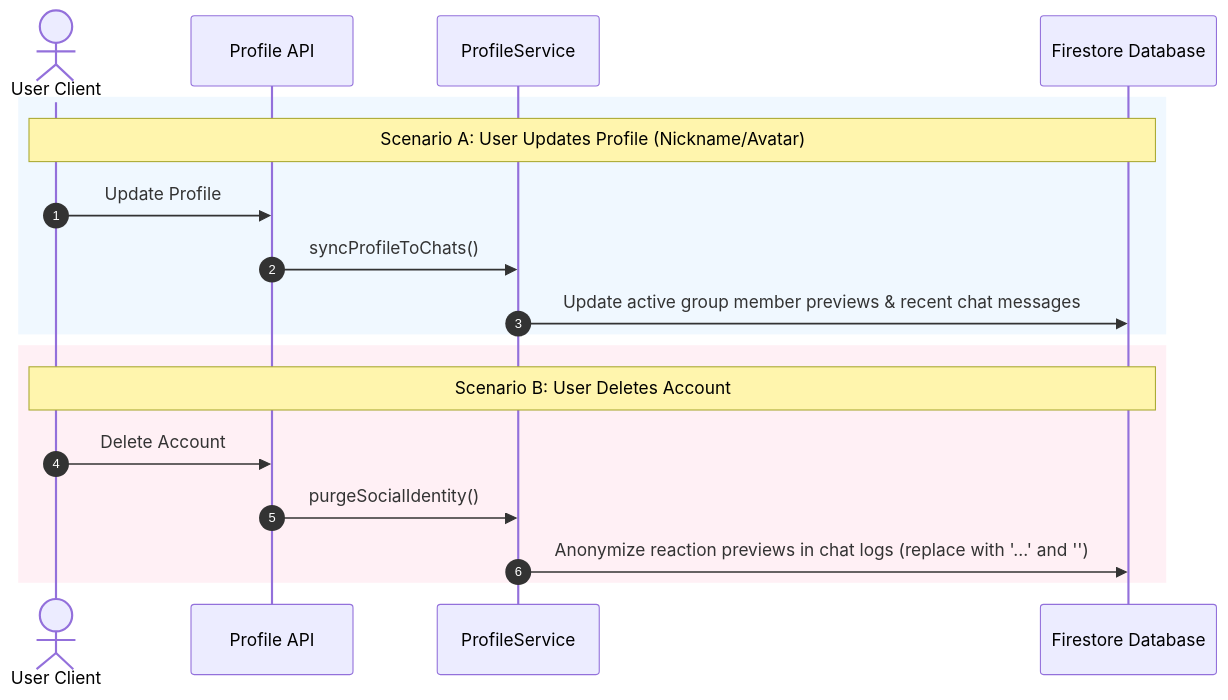
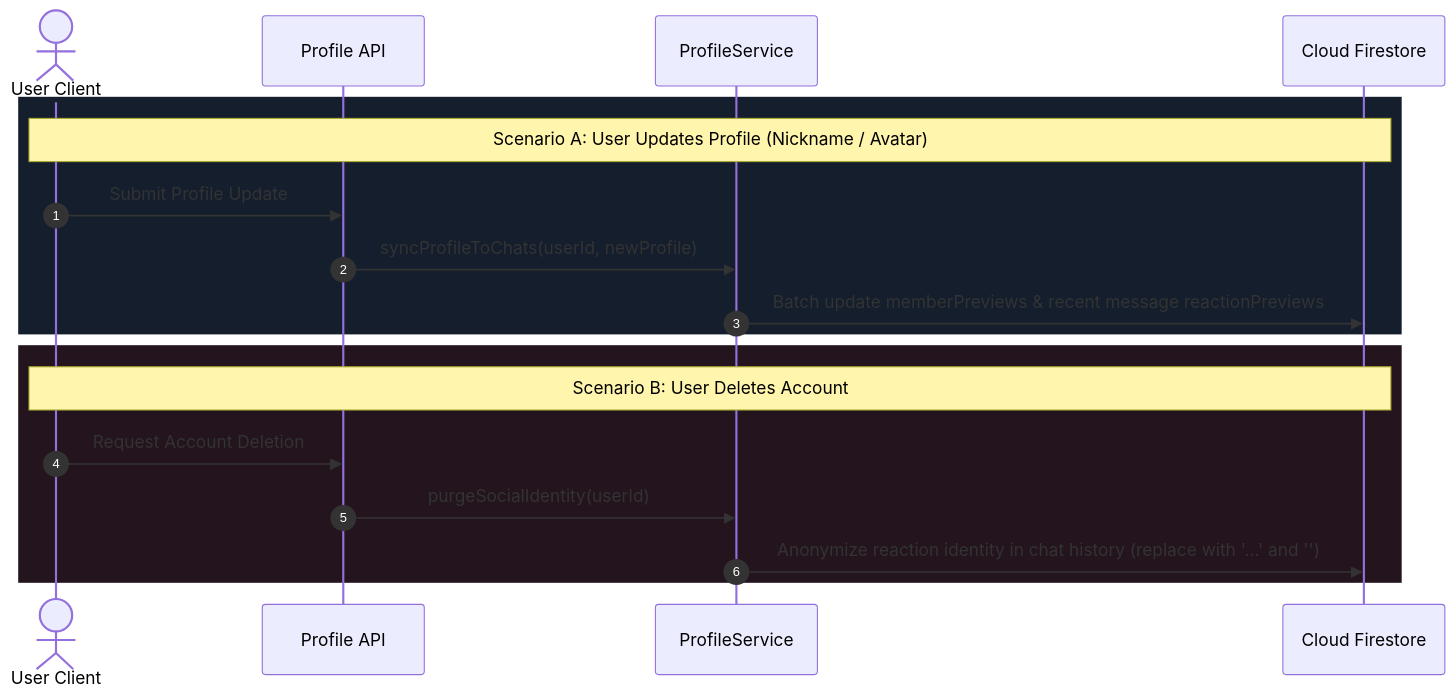
The diagram in docs/profile-sync-anonymization.md (ScriptureHabit/scripture-habit), drawn with Mermaid before and after one commit. The commit also changed other lines of this file and 57 other files, not shown here.

Commit message:
docs: refine documentation prose and add structured diagram breakdowns across JA and EN

````diff
--- a/docs/profile-sync-anonymization.md
+++ b/docs/profile-sync-anonymization.md
@@ -11,22 +11,22 @@
 ```mermaid
 sequenceDiagram
     autonumber
     actor User as User Client
     participant API as Profile API
     participant PS as ProfileService
-    participant DB as Firestore Database
+    participant DB as Cloud Firestore
 
-    rect rgb(240, 248, 255)
-        Note over User,DB: Scenario A: User Updates Profile (Nickname/Avatar)
-        User->>API: Update Profile
-        API->>PS: syncProfileToChats()
-        PS->>DB: Update active group member previews & recent chat messages
+    rect rgb(20, 30, 45)
+        Note over User,DB: Scenario A: User Updates Profile (Nickname / Avatar)
+        User->>API: Submit Profile Update
+        API->>PS: syncProfileToChats(userId, newProfile)
+        PS->>DB: Batch update memberPreviews & recent message reactionPreviews
     end
 
-    rect rgb(255, 240, 245)
+    rect rgb(35, 20, 30)
         Note over User,DB: Scenario B: User Deletes Account
-        User->>API: Delete Account
-        API->>PS: purgeSocialIdentity()
-        PS->>DB: Anonymize reaction previews in chat logs (replace with '...' and '')
+        User->>API: Request Account Deletion
+        API->>PS: purgeSocialIdentity(userId)
+        PS->>DB: Anonymize reaction identity in chat history (replace with '...' and '')
     end
 ```
````
